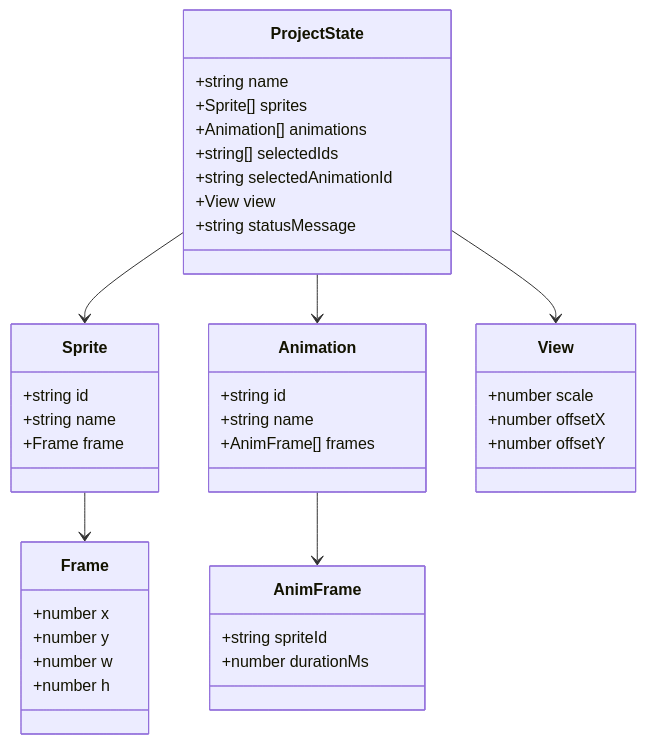
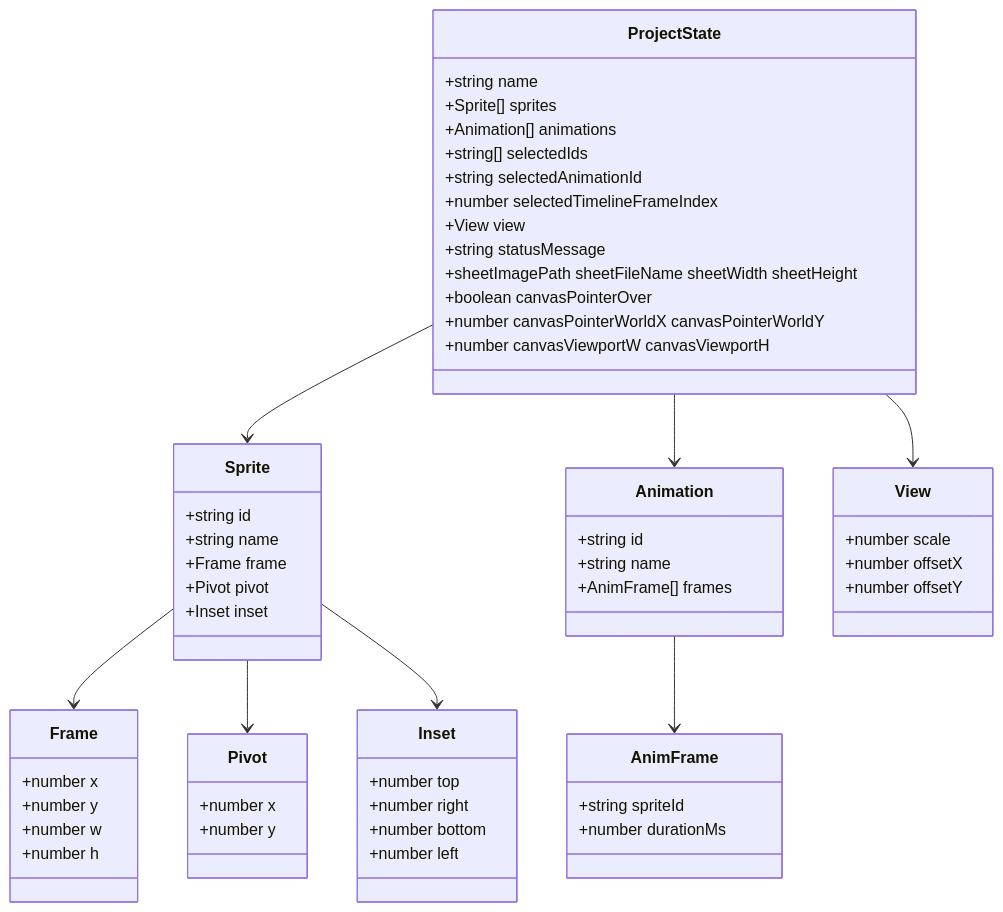
Before and after one commit to shelltdf/sprite2d_mcp: the diagram in ai-software-engineering/02-physical/sprite-sheet-compiler-gui/uml-class.md, drawn with Mermaid. The commit also changed other lines of this file and 27 other files, not shown here.

````diff
--- a/ai-software-engineering/02-physical/sprite-sheet-compiler-gui/uml-class.md
+++ b/ai-software-engineering/02-physical/sprite-sheet-compiler-gui/uml-class.md
@@ -3,42 +3,61 @@
 ```mermaid
 classDiagram
   class Sprite {
     +string id
     +string name
     +Frame frame
+    +Pivot pivot
+    +Inset inset
   }
   class Frame {
     +number x
     +number y
     +number w
     +number h
+  }
+  class Pivot {
+    +number x
+    +number y
+  }
+  class Inset {
+    +number top
+    +number right
+    +number bottom
+    +number left
   }
   class Animation {
     +string id
     +string name
     +AnimFrame[] frames
   }
   class AnimFrame {
     +string spriteId
     +number durationMs
   }
   class ProjectState {
     +string name
     +Sprite[] sprites
     +Animation[] animations
     +string[] selectedIds
     +string selectedAnimationId
+    +number selectedTimelineFrameIndex
     +View view
     +string statusMessage
+    +sheetImagePath sheetFileName sheetWidth sheetHeight
+    +boolean canvasPointerOver
+    +number canvasPointerWorldX canvasPointerWorldY
+    +number canvasViewportW canvasViewportH
   }
   class View {
     +number scale
     +number offsetX
     +number offsetY
   }
   Sprite --> Frame
+  Sprite --> Pivot
+  Sprite --> Inset
   Animation --> AnimFrame
   ProjectState --> Sprite
   ProjectState --> Animation
   ProjectState --> View
 ```
````
